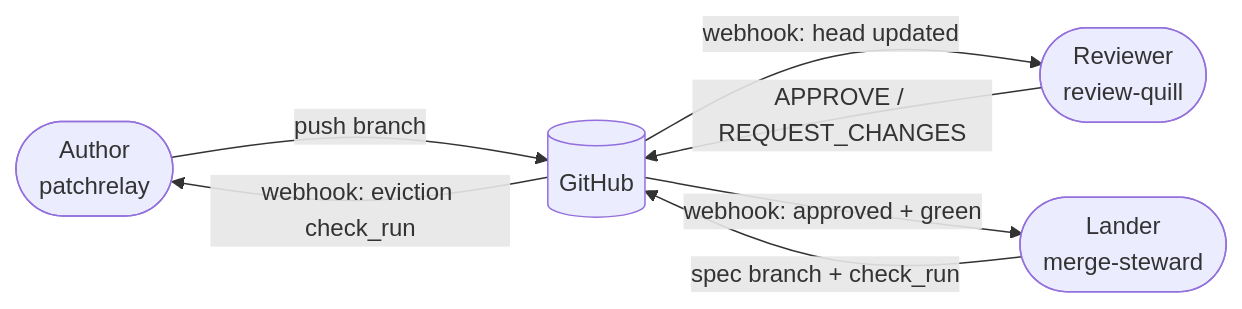
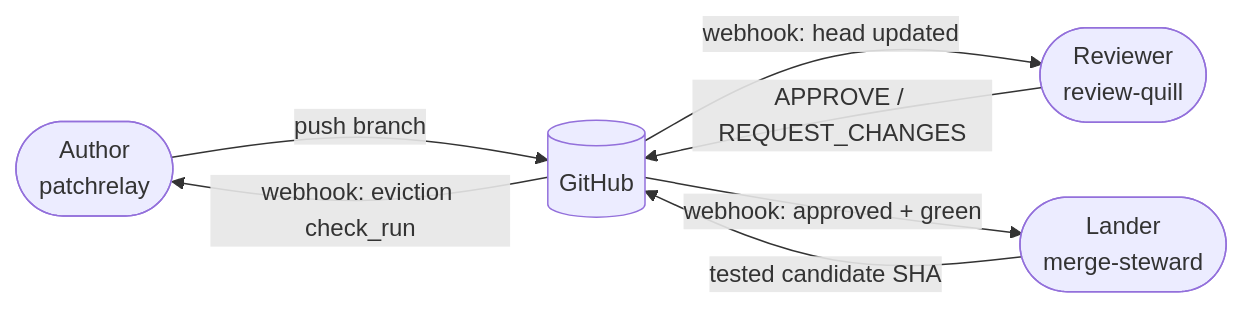
Before and after one commit to krasnoperov/patchrelay: the first of 3 diagrams in docs/concepts.md, drawn with Mermaid. The commit also changed other lines of this file and 17 other files, not shown here.

````diff
--- a/docs/concepts.md
+++ b/docs/concepts.md
@@ -11,14 +11,14 @@
 ```mermaid
 flowchart LR
     Author([Author<br/>patchrelay])
     Reviewer([Reviewer<br/>review-quill])
     Lander([Lander<br/>merge-steward])
     GH[(GitHub)]
 
     Author -->|push branch| GH
     GH -->|webhook: head updated| Reviewer
     Reviewer -->|APPROVE / REQUEST_CHANGES| GH
     GH -->|webhook: approved + green| Lander
-    Lander -->|spec branch + check_run| GH
+    Lander -->|tested candidate SHA| GH
     GH -->|webhook: eviction check_run| Author
 ```
````
